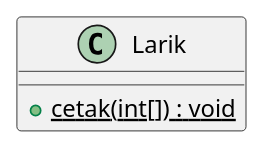
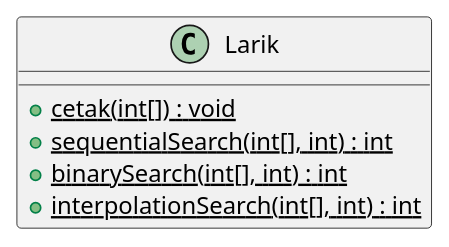
The diagram in src/main/java/larik/Larik.puml (hersa37/Sandbox), drawn with PlantUML before and after one commit. The commit also changed 3 other files, not shown here.

```diff
--- a/src/main/java/larik/Larik.puml
+++ b/src/main/java/larik/Larik.puml
@@ -1,6 +1,9 @@
 @startuml
 
 class Larik {
-+{static} cetak(int[]) : void
++ {static} cetak(int[]) : void
++ {static} sequentialSearch(int[], int) : int
++ {static} binarySearch(int[], int) : int
++ {static} interpolationSearch(int[], int) : int
 }
 @enduml
```
